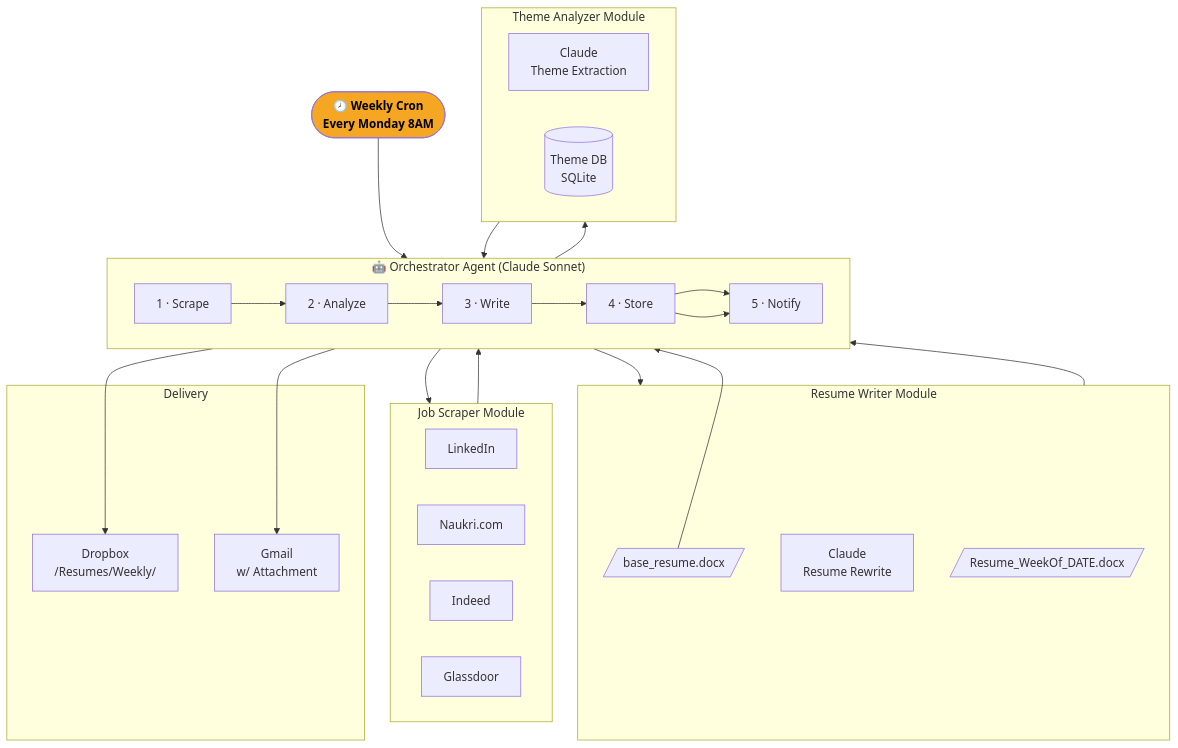
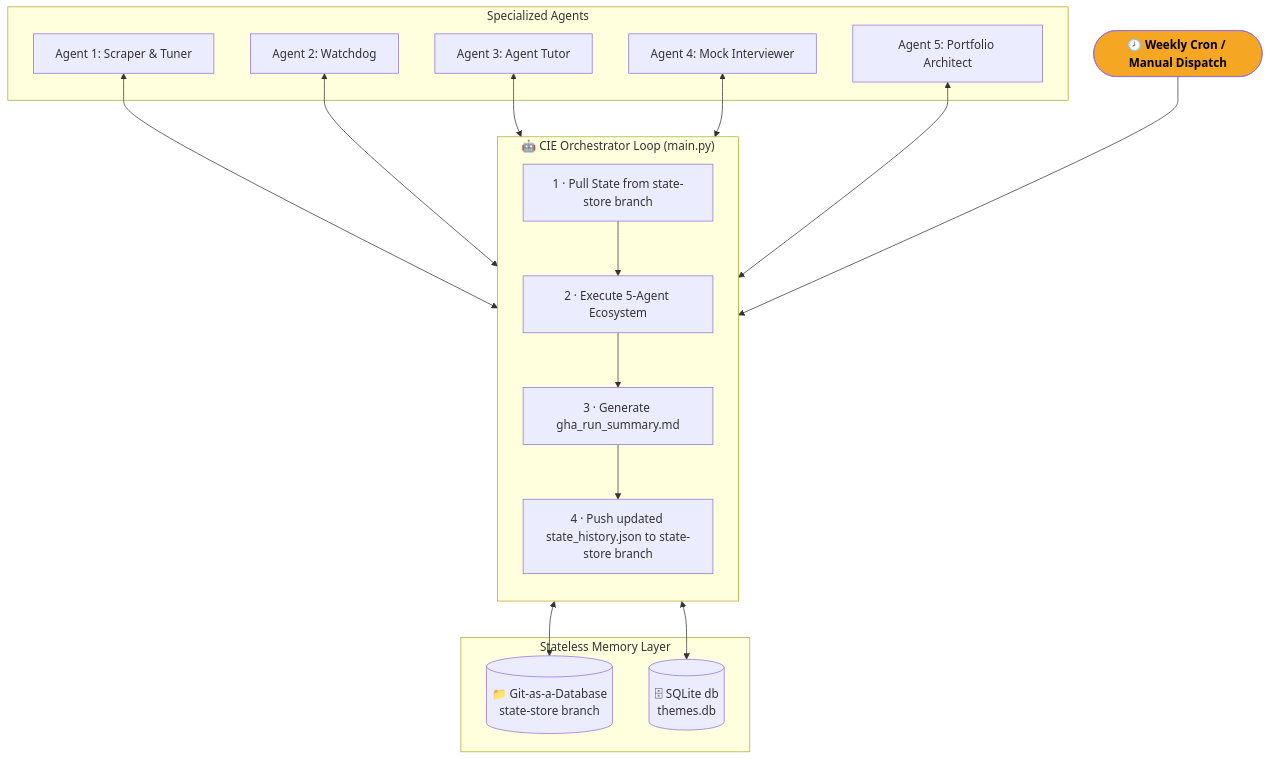
One commit to mayukhg/mg-ai-job-scanner changed the first of 4 diagrams in ARCHITECTURE.md. Above: the diagram before and after it, drawn with Mermaid. The commit also changed other lines of this file and 16 other files, not shown here.

Commit message:
feat: upgrade to Career Intelligence Engine (CIE) with Stateless Memory, TDD Scaffolding, NotebookLM Compiler, and LLMOps Tracing

````diff
--- a/ARCHITECTURE.md
+++ b/ARCHITECTURE.md
@@ -5,49 +11,32 @@
 ```mermaid
 flowchart TD
-    CRON([🕗 Weekly Cron\nEvery Monday 8AM]):::trigger
-
+    CRON([🕗 Weekly Cron / Manual Dispatch]):::trigger
     CRON --> ORCH
 
-    subgraph ORCH["🤖 Orchestrator Agent (Claude Sonnet)"]
-        direction LR
-        S1[1 · Scrape] --> S2[2 · Analyze] --> S3[3 · Write] --> S4[4 · Store] --> S5[5 · Notify]
+    subgraph ORCH["🤖 CIE Orchestrator Loop (main.py)"]
+        direction TB
+        GitPull[1 · Pull State from state-store branch] --> AgentRun[2 · Execute 5-Agent Ecosystem]
+        AgentRun --> Observability[3 · Generate gha_run_summary.md]
+        Observability --> GitPush[4 · Push updated state_history.json to state-store branch]
     end
 
-    subgraph SCRAPE["Job Scraper Module"]
-        LI[LinkedIn]
-        NA[Naukri.com]
-        IN[Indeed]
-        GL[Glassdoor]
+    subgraph MEMORY["Stateless Memory Layer"]
+        GitDB[("📁 Git-as-a-Database\nstate-store branch")]
+        SQLiteDB[("🗄 SQLite db\nthemes.db")]
     end
 
-    subgraph ANALYZE["Theme Analyzer Module"]
-        EX[Claude\nTheme Extraction]
-        DB[(Theme DB\nSQLite)]
+    subgraph AGENTS["Specialized Agents"]
+        A1[Agent 1: Scraper & Tuner]
+        A2[Agent 2: Watchdog]
+        A3[Agent 3: Agent Tutor]
+        A4[Agent 4: Mock Interviewer]
+        A5[Agent 5: Portfolio Architect]
     end
 
-    subgraph RESUME["Resume Writer Module"]
-        BR[/base_resume.docx/]
-        RW[Claude\nResume Rewrite]
-        OUT[/Resume_WeekOf_DATE.docx/]
-    end
-
-    subgraph DELIVER["Delivery"]
-        DP[Dropbox\n/Resumes/Weekly/]
-        EM[Gmail\nw/ Attachment]
-    end
-
-    S1 --> SCRAPE
-    SCRAPE --> S2
-    S2 --> ANALYZE
-    ANALYZE --> S3
-    BR --> S3
-    S3 --> RESUME
-    RESUME --> S4
-    S4 --> DP
-    S4 --> S5
-    S5 --> EM
+    GitPull <--> GitDB
+    AgentRun <--> SQLiteDB
+    A1 & A2 & A3 & A4 & A5 <--> AgentRun
 
     classDef trigger fill:#f5a623,color:#000,font-weight:bold
     classDef module fill:#4a90d9,color:#fff
-    classDef store fill:#7ed321,color:#000
 ```
````
